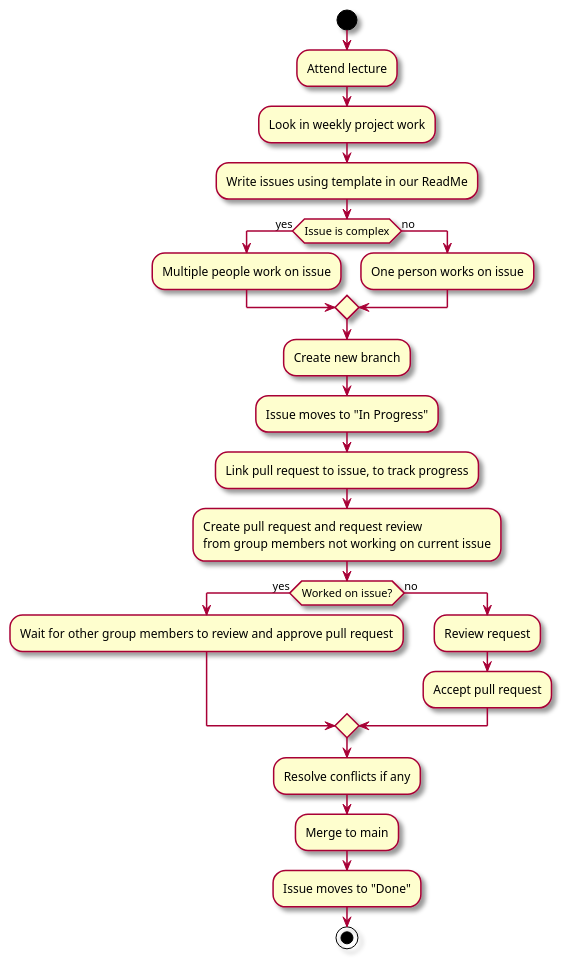
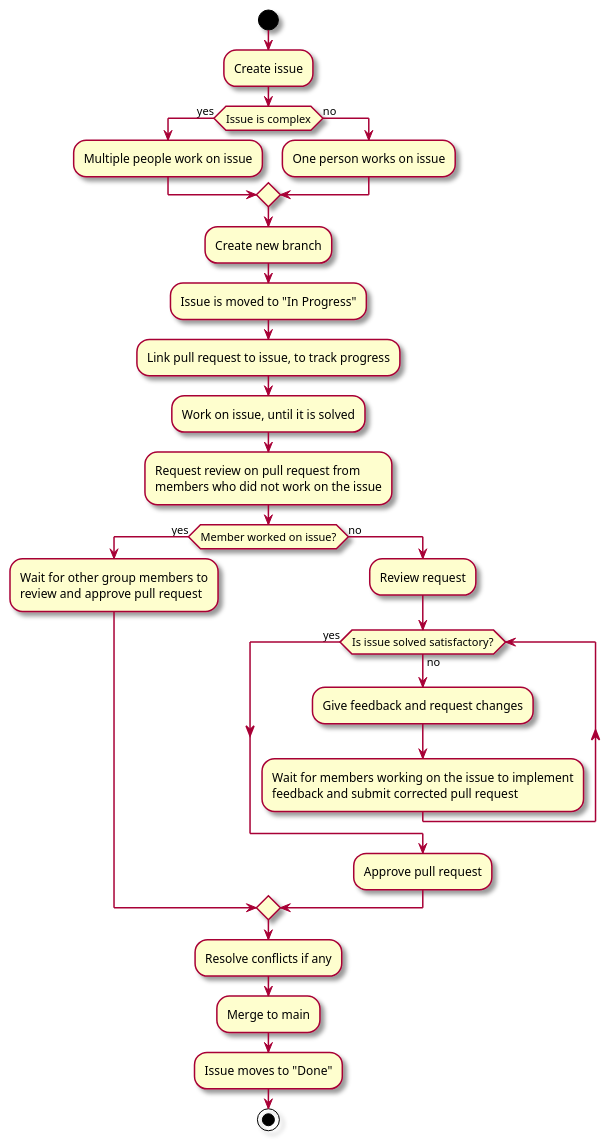
The diagram in docs/team_work_flow.pu (ITU-BDSA23-GROUP15/Chirp), drawn with PlantUML before and after one commit. The commit also changed 1 other file, not shown here.

Commit message:
Updated team workflow diagram
Made description a paragraph aswell

```diff
--- a/docs/team_work_flow.pu
+++ b/docs/team_work_flow.pu
@@ -1,30 +1,35 @@
 @startuml team_work_flow
 skin rose
 start
-:Attend lecture;
-:Look in weekly project work;
-:Write issues using template in our ReadMe;
+:Create issue;
 
 if (Issue is complex) then (yes)
     :Multiple people work on issue;
 else (no)
     :One person works on issue;
 endif
 :Create new branch;
 
-:Issue moves to "In Progress";
+:Issue is moved to "In Progress";
 :Link pull request to issue, to track progress;
-:Create pull request and request review
-from group members not working on current issue;
+:Work on issue, until it is solved;
+:Request review on pull request from
+members who did not work on the issue;
 
-if (Worked on issue?) then (yes)
-    :Wait for other group members to review and approve pull request;
+if (Member worked on issue?) then (yes)
+    :Wait for other group members to 
+    review and approve pull request;
 else (no)
     :Review request;
-    :Accept pull request;
+    while (Is issue solved satisfactory?) is (no)
+        :Give feedback and request changes;
+        :Wait for members working on the issue to implement 
+        feedback and submit corrected pull request;
+    endwhile (yes)
+    :Approve pull request;
 endif
 :Resolve conflicts if any;
 :Merge to main;
 :Issue moves to "Done";
 stop
 @enduml
```
